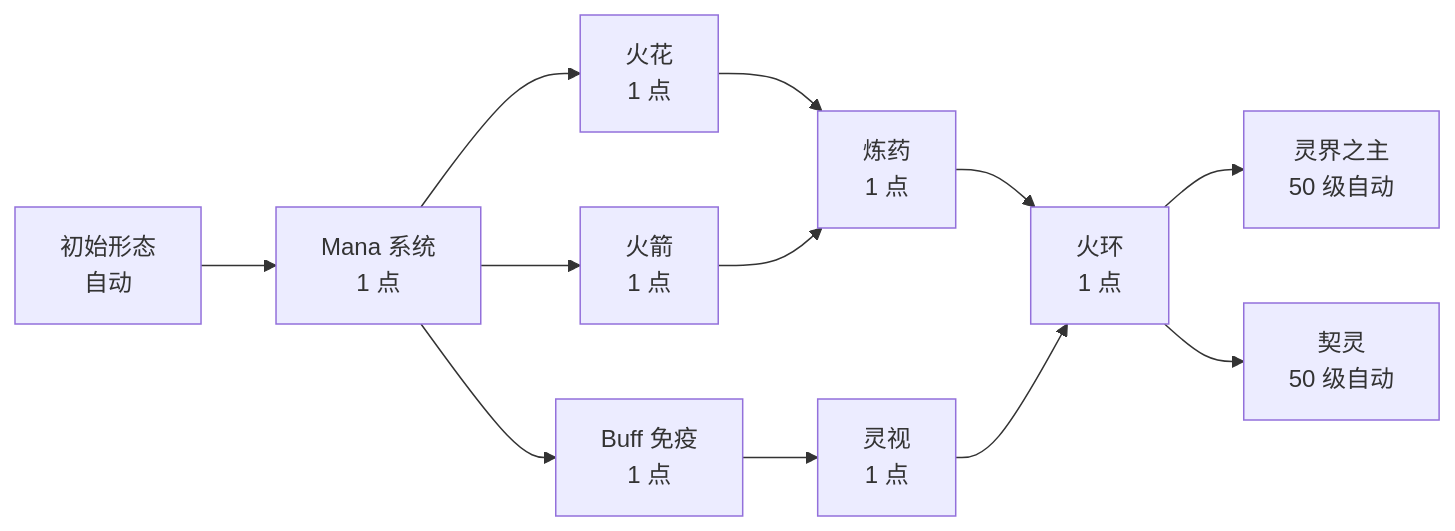
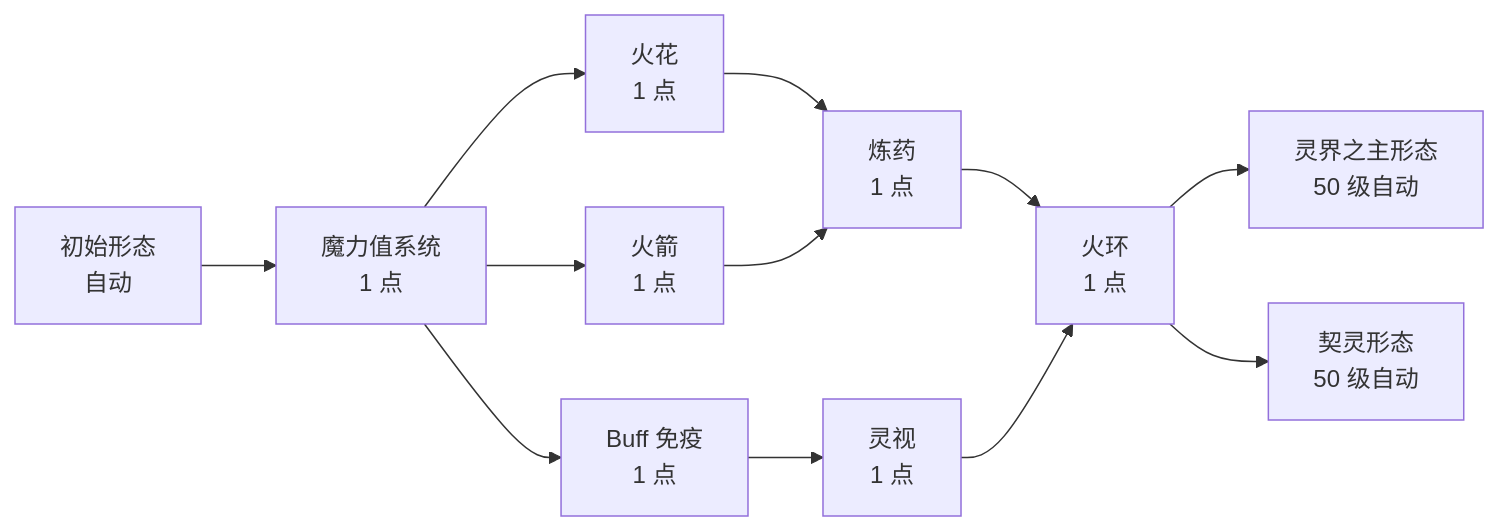
One commit to LynxCatTheThird/SSC-wiki changed the second of 3 diagrams in docs/addons/ssca/systems/evolution.md. Above: the diagram before and after it, drawn with Mermaid. The commit also changed other lines of this file and 81 other files, not shown here.

````diff
--- a/docs/addons/ssca/systems/evolution.md
+++ b/docs/addons/ssca/systems/evolution.md
@@ -84,14 +84,14 @@
 ```mermaid
 flowchart LR
-  A["初始形态<br/>自动"] --> B["Mana 系统<br/>1 点"]
+  A["初始形态<br/>自动"] --> B["魔力值系统<br/>1 点"]
   B --> C["火花<br/>1 点"]
   B --> D["火箭<br/>1 点"]
   B --> E["Buff 免疫<br/>1 点"]
   C --> F["炼药<br/>1 点"]
   D --> F
   E --> G["灵视<br/>1 点"]
   F --> H["火环<br/>1 点"]
   G --> H
-  H --> I["灵界之主<br/>50 级自动"]
-  H --> J["契灵<br/>50 级自动"]
+  H --> I["灵界之主形态<br/>50 级自动"]
+  H --> J["契灵形态<br/>50 级自动"]
 ```
````
